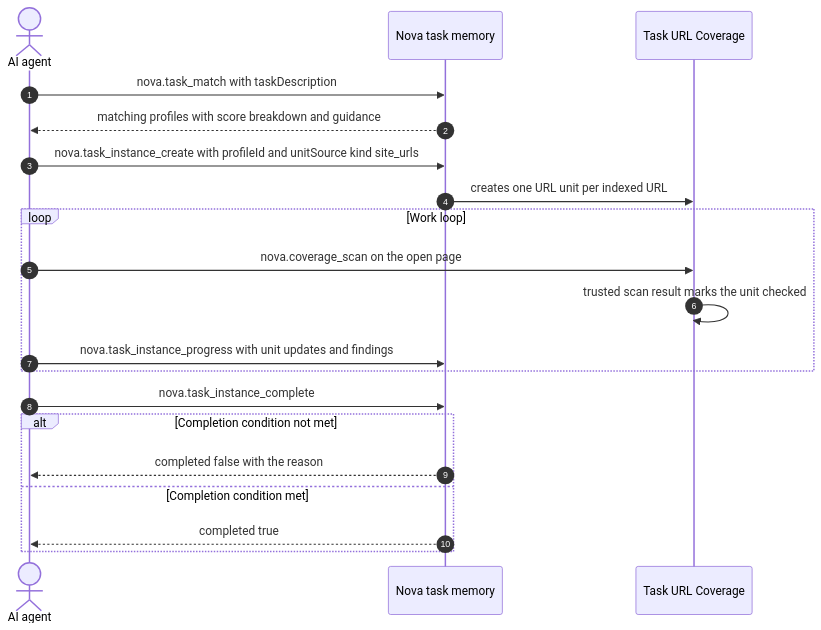
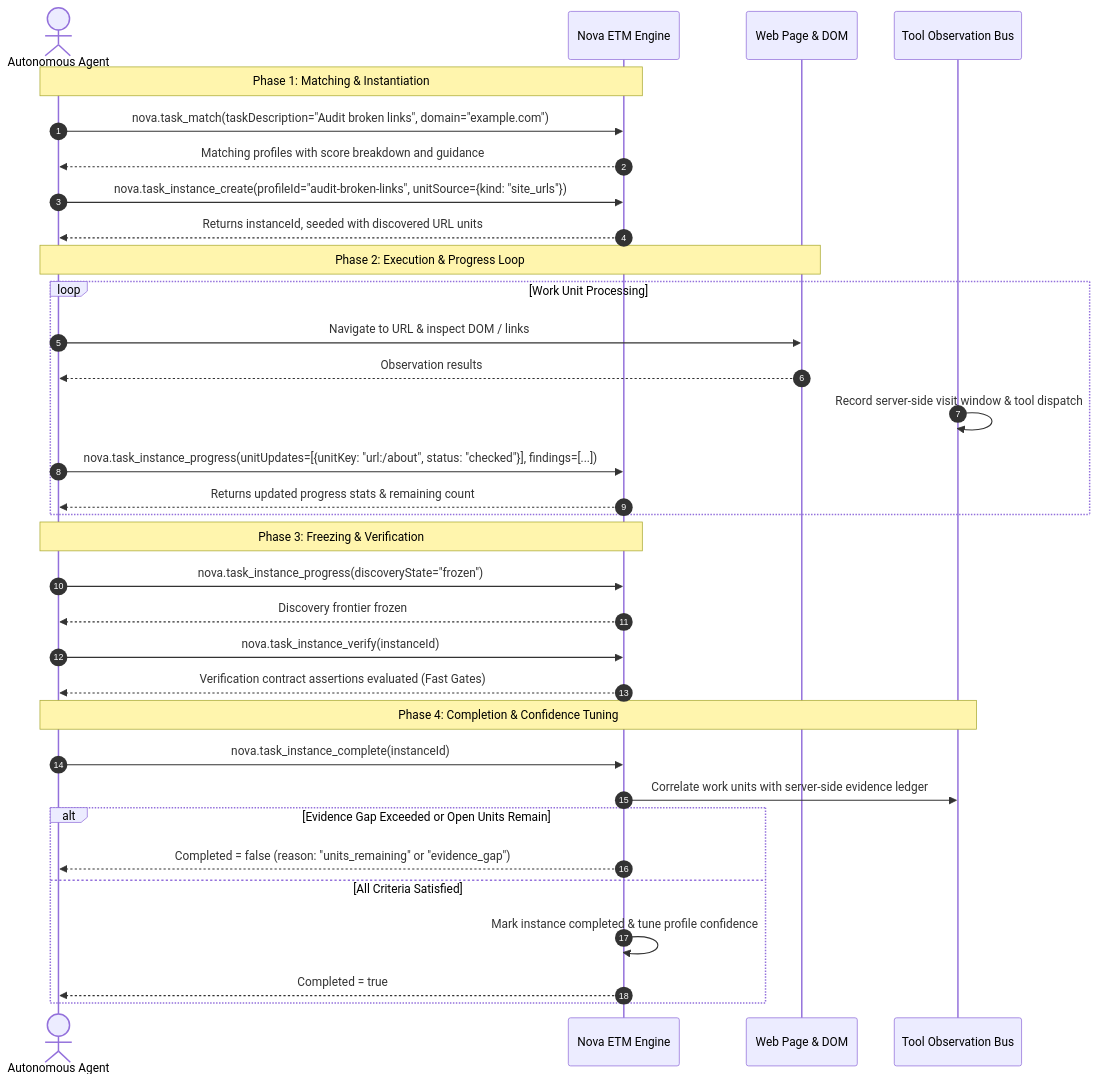
Before and after one commit to joelaniol/nova: the second of 2 diagrams in docs/core-features/learning/episodic-task-memory-etm/README.md, drawn with Mermaid. The commit also changed other lines of this file and 4 other files, not shown here.

Commit message:
docs(etm): overhaul Episodic Task Memory documentation suite with 4 deep-dive guides

````diff
--- a/docs/core-features/learning/episodic-task-memory-etm/README.md
+++ b/docs/core-features/learning/episodic-task-memory-etm/README.md
@@ -65,23 +83,39 @@
 ```mermaid
 sequenceDiagram
     autonumber
-    actor Agent as AI agent
-    participant ETM as Nova task memory
-    participant TUC as Task URL Coverage
+    actor Agent as Autonomous Agent
+    participant Hub as Nova ETM Engine
+    participant Browser as Web Page & DOM
+    participant TOB as Tool Observation Bus
 
-    Agent->>ETM: nova.task_match with taskDescription
-    ETM-->>Agent: matching profiles with score breakdown and guidance
-    Agent->>ETM: nova.task_instance_create with profileId and unitSource kind site_urls
-    ETM->>TUC: creates one URL unit per indexed URL
-    loop Work loop
-        Agent->>TUC: nova.coverage_scan on the open page
-        TUC->>TUC: trusted scan result marks the unit checked
-        Agent->>ETM: nova.task_instance_progress with unit updates and findings
+    Note over Agent,Hub: Phase 1: Matching & Instantiation
+    Agent->>Hub: nova.task_match(taskDescription="Audit broken links", domain="example.com")
+    Hub-->>Agent: Matching profiles with score breakdown and guidance
+    Agent->>Hub: nova.task_instance_create(profileId="audit-broken-links", unitSource={kind: "site_urls"})
+    Hub-->>Agent: Returns instanceId, seeded with discovered URL units
+
+    Note over Agent,Browser: Phase 2: Execution & Progress Loop
+    loop Work Unit Processing
+        Agent->>Browser: Navigate to URL & inspect DOM / links
+        Browser-->>Agent: Observation results
+        TOB->>TOB: Record server-side visit window & tool dispatch
+        Agent->>Hub: nova.task_instance_progress(unitUpdates=[{unitKey: "url:/about", status: "checked"}], findings=[...])
+        Hub-->>Agent: Returns updated progress stats & remaining count
     end
-    Agent->>ETM: nova.task_instance_complete
-    alt Completion condition not met
-        ETM-->>Agent: completed false with the reason
-    else Completion condition met
-        ETM-->>Agent: completed true
+
+    Note over Agent,Hub: Phase 3: Freezing & Verification
+    Agent->>Hub: nova.task_instance_progress(discoveryState="frozen")
+    Hub-->>Agent: Discovery frontier frozen
+    Agent->>Hub: nova.task_instance_verify(instanceId)
+    Hub-->>Agent: Verification contract assertions evaluated (Fast Gates)
+
+    Note over Agent,TOB: Phase 4: Completion & Confidence Tuning
+    Agent->>Hub: nova.task_instance_complete(instanceId)
+    Hub->>TOB: Correlate work units with server-side evidence ledger
+    alt Evidence Gap Exceeded or Open Units Remain
+        Hub-->>Agent: Completed = false (reason: "units_remaining" or "evidence_gap")
+    else All Criteria Satisfied
+        Hub->>Hub: Mark instance completed & tune profile confidence
+        Hub-->>Agent: Completed = true
     end
 ```
````
